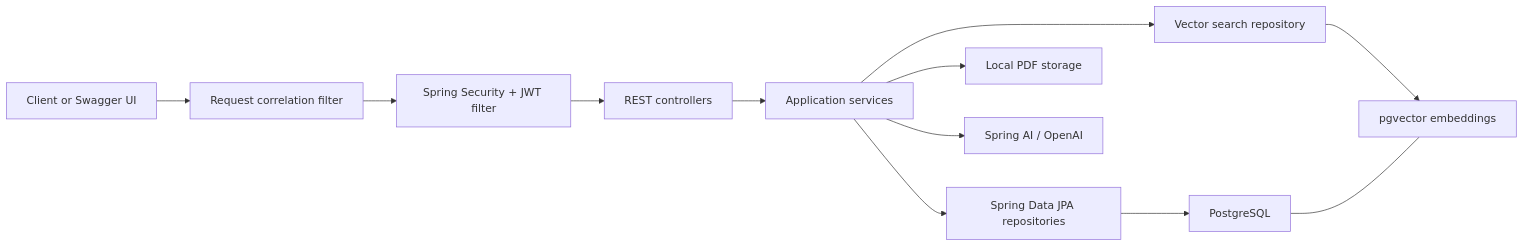
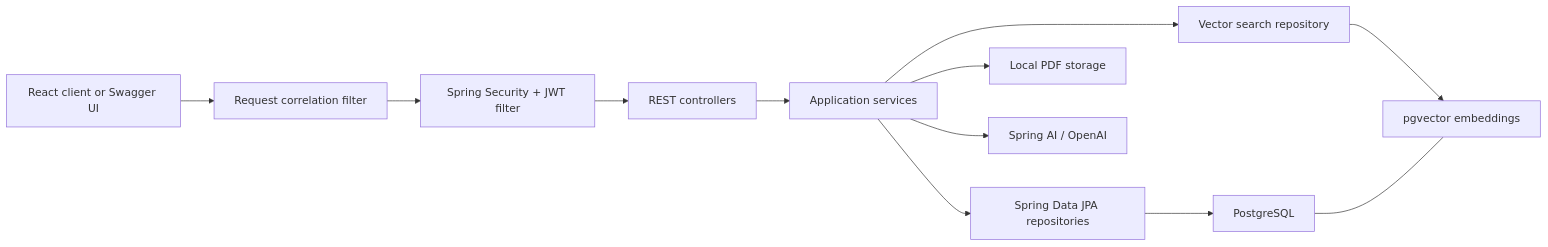
One commit to brianalbert7/ai-support-agent changed the first of 3 diagrams in README.md. Above: the diagram before and after it, drawn with Mermaid. The commit also changed other lines of this file and 22 other files, not shown here.

Commit message:
feat(frontend): initialize React demo client

````diff
--- a/README.md
+++ b/README.md
@@ -38,14 +39,14 @@
 ```mermaid
 flowchart LR
-    Client["Client or Swagger UI"] --> Correlation["Request correlation filter"]
+    Client["React client or Swagger UI"] --> Correlation["Request correlation filter"]
     Correlation --> Security["Spring Security + JWT filter"]
     Security --> Controllers["REST controllers"]
     Controllers --> Services["Application services"]
     Services --> JPA["Spring Data JPA repositories"]
     Services --> VectorRepo["Vector search repository"]
     Services --> Storage["Local PDF storage"]
     Services --> OpenAI["Spring AI / OpenAI"]
     JPA --> PostgreSQL["PostgreSQL"]
     VectorRepo --> Pgvector["pgvector embeddings"]
     PostgreSQL --- Pgvector
 ```
````
